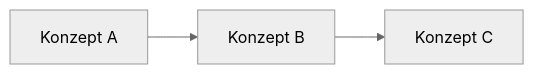
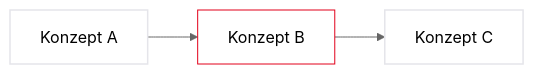
One commit to dantschi/dhbw-quarto-template changed the diagram in vorlesungen/01_kickoff.qmd. Above: the diagram before and after it, drawn with Mermaid (neutral theme). The commit also changed other lines of this file and 8 other files, not shown here.

````diff
--- a/vorlesungen/01_kickoff.qmd
+++ b/vorlesungen/01_kickoff.qmd
@@ -46,5 +45,8 @@
 ```{mermaid}
 graph LR
   A[Konzept A] --> B[Konzept B]
   B --> C[Konzept C]
+  style A fill:#FFFFFF,stroke:#E5E5EA,stroke-width:1.5px
+  style B fill:#FFFFFF,stroke:#E2001A,stroke-width:2px !important
+  style C fill:#FFFFFF,stroke:#E5E5EA,stroke-width:1.5px
 ```
````
